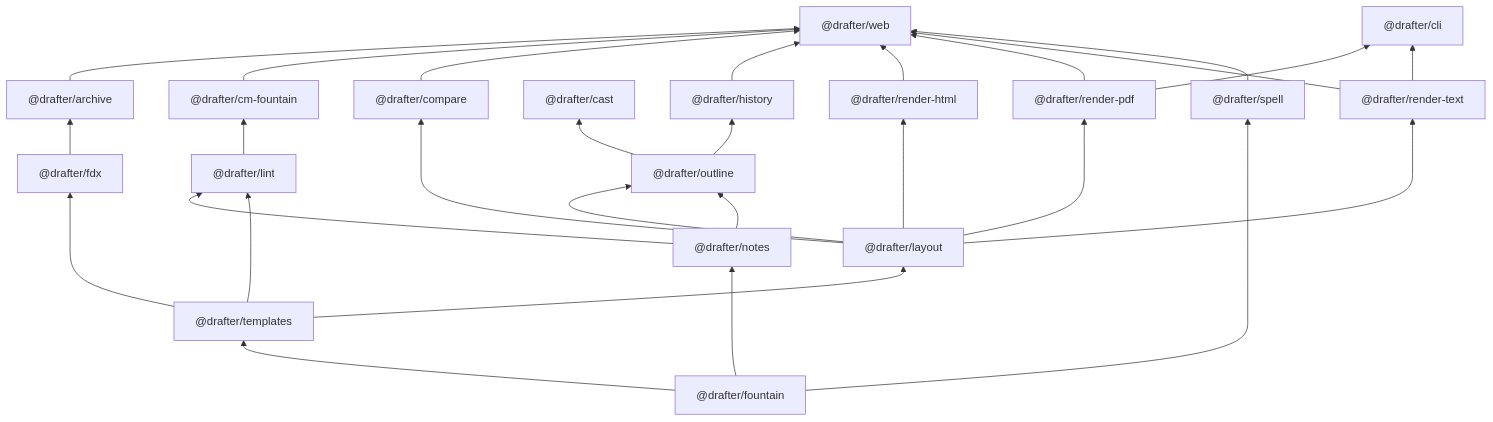
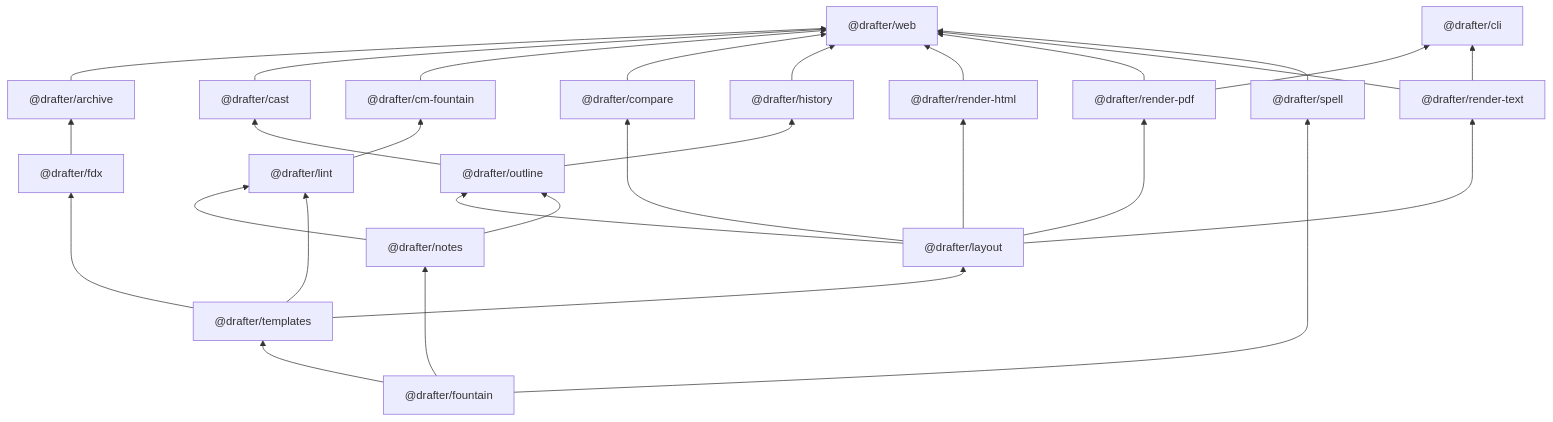
The first of 5 diagrams in docs/technical-details.md (cschweda/drafter), drawn with Mermaid before and after one commit. The commit also changed 19 other files, not shown here.

First line of the commit message:
feat(web): the cast, worked out while a view needs it, with names checked against the dictionary

````diff
--- a/docs/technical-details.md
+++ b/docs/technical-details.md
@@ -36,48 +36,49 @@
 ```mermaid
 flowchart BT
   web["@drafter/web"]
   cli["@drafter/cli"]
   cm_fountain["@drafter/cm-fountain"]
   outline["@drafter/outline"]
   compare["@drafter/compare"]
   history["@drafter/history"]
   cast["@drafter/cast"]
   render_pdf["@drafter/render-pdf"]
   render_html["@drafter/render-html"]
   render_text["@drafter/render-text"]
   layout["@drafter/layout"]
   lint["@drafter/lint"]
   fdx["@drafter/fdx"]
   archive["@drafter/archive"]
   templates["@drafter/templates"]
   notes["@drafter/notes"]
   spell["@drafter/spell"]
   fountain["@drafter/fountain"]
   archive --> web
+  cast --> web
   cm_fountain --> web
   compare --> web
   history --> web
   render_html --> web
   render_pdf --> web
   render_text --> web
   spell --> web
   render_pdf --> cli
   render_text --> cli
   lint --> cm_fountain
   layout --> outline
   notes --> outline
   layout --> compare
   outline --> history
   outline --> cast
   layout --> render_pdf
   layout --> render_html
   layout --> render_text
   templates --> layout
   notes --> lint
   templates --> lint
   templates --> fdx
   fdx --> archive
   fountain --> templates
   fountain --> notes
   fountain --> spell
 ```
````
